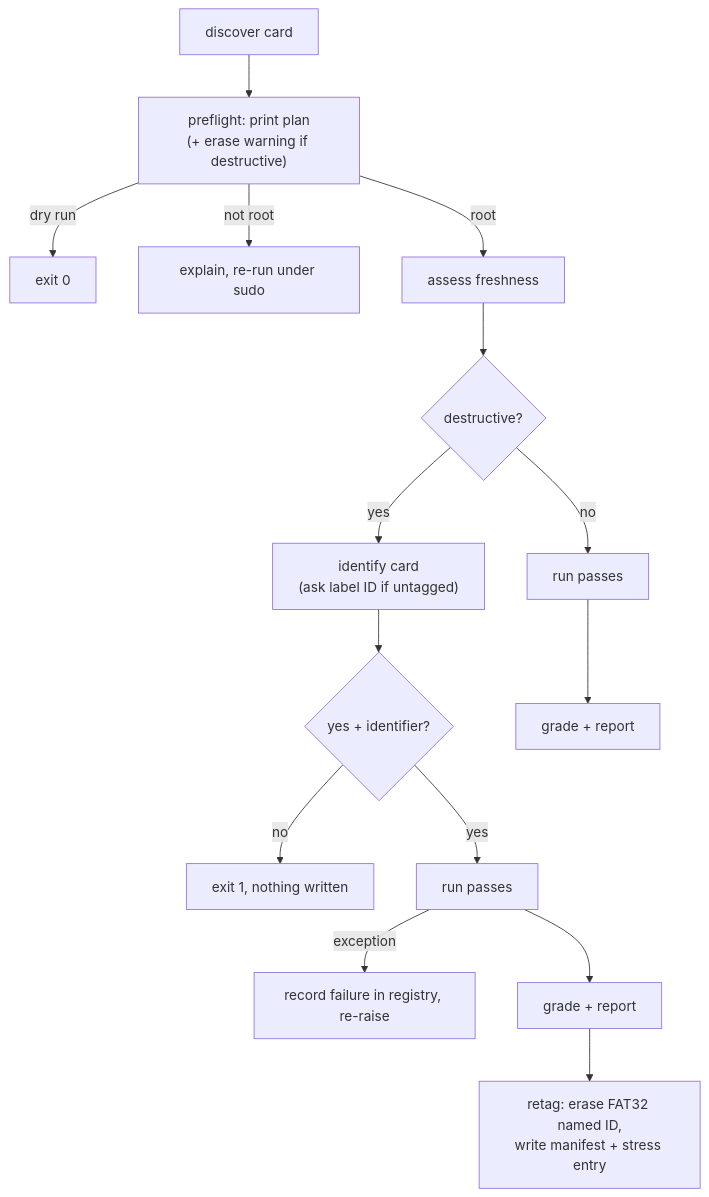
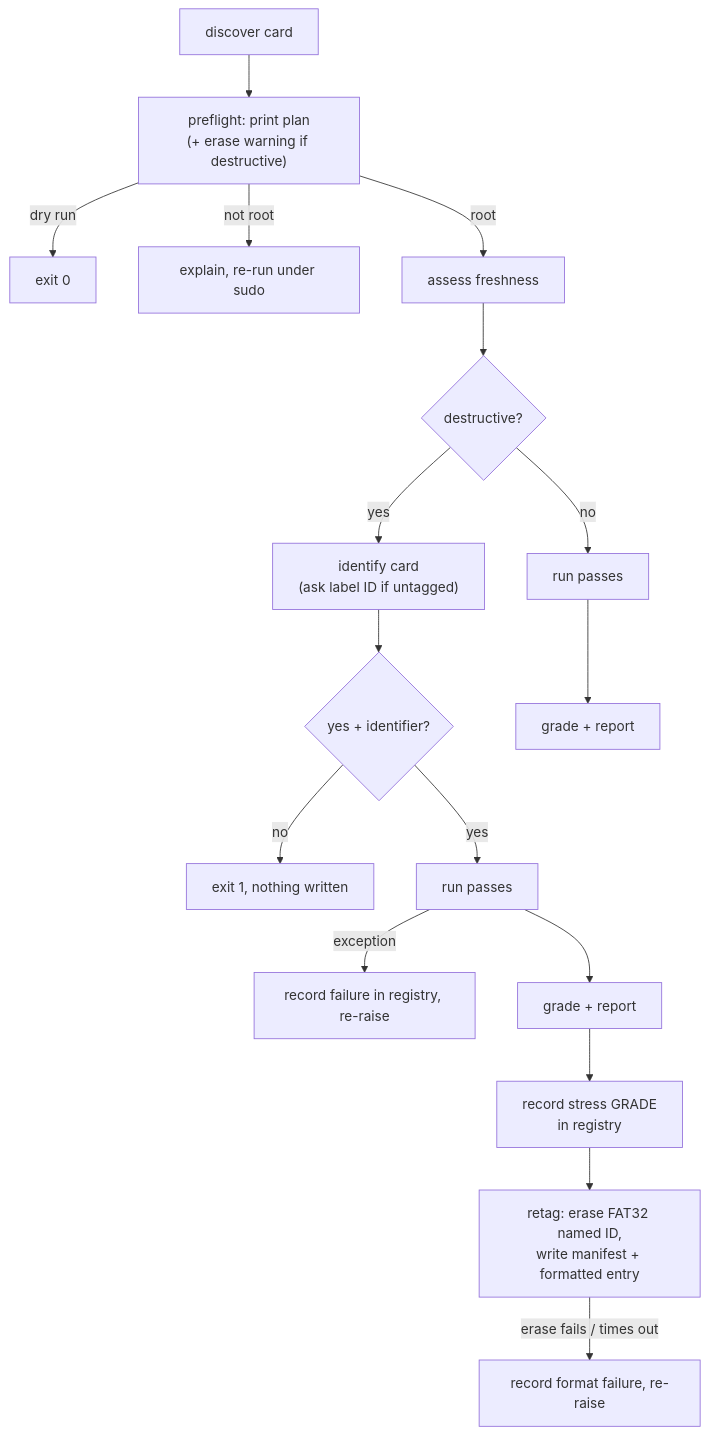
Before and after one commit to Boston-Robot-Hackers/microsd-utils: the diagram in process/01-literate/13-check.md, drawn with Mermaid. The commit also changed other lines of this file and 27 other files, not shown here.

First line of the commit message:
Make stress survive a hung format, a sleeping Mac, and a lost card (F05)

````diff
--- a/process/01-literate/13-check.md
+++ b/process/01-literate/13-check.md
@@ -20,17 +20,19 @@
 ```mermaid
 flowchart TD
     A[discover card] --> B["preflight: print plan<br/>(+ erase warning if destructive)"]
     B -->|dry run| Z0[exit 0]
     B -->|not root| S[explain, re-run under sudo]
     B -->|root| F[assess freshness]
     F --> C{destructive?}
     C -- yes --> I["identify card<br/>(ask label ID if untagged)"]
     I --> D{"yes + identifier?"}
     D -- no --> Z1[exit 1, nothing written]
     D -- yes --> P1[run passes]
     P1 -->|exception| R[record failure in registry, re-raise]
     P1 --> V1[grade + report]
-    V1 --> T["retag: erase FAT32 named ID,<br/>write manifest + stress entry"]
+    V1 --> S1["record stress GRADE<br/>in registry"]
+    S1 --> T["retag: erase FAT32 named ID,<br/>write manifest + formatted entry"]
+    T -->|erase fails / times out| R2[record format failure, re-raise]
     C -- no --> P[run passes]
     P --> V[grade + report]
 ```
````
